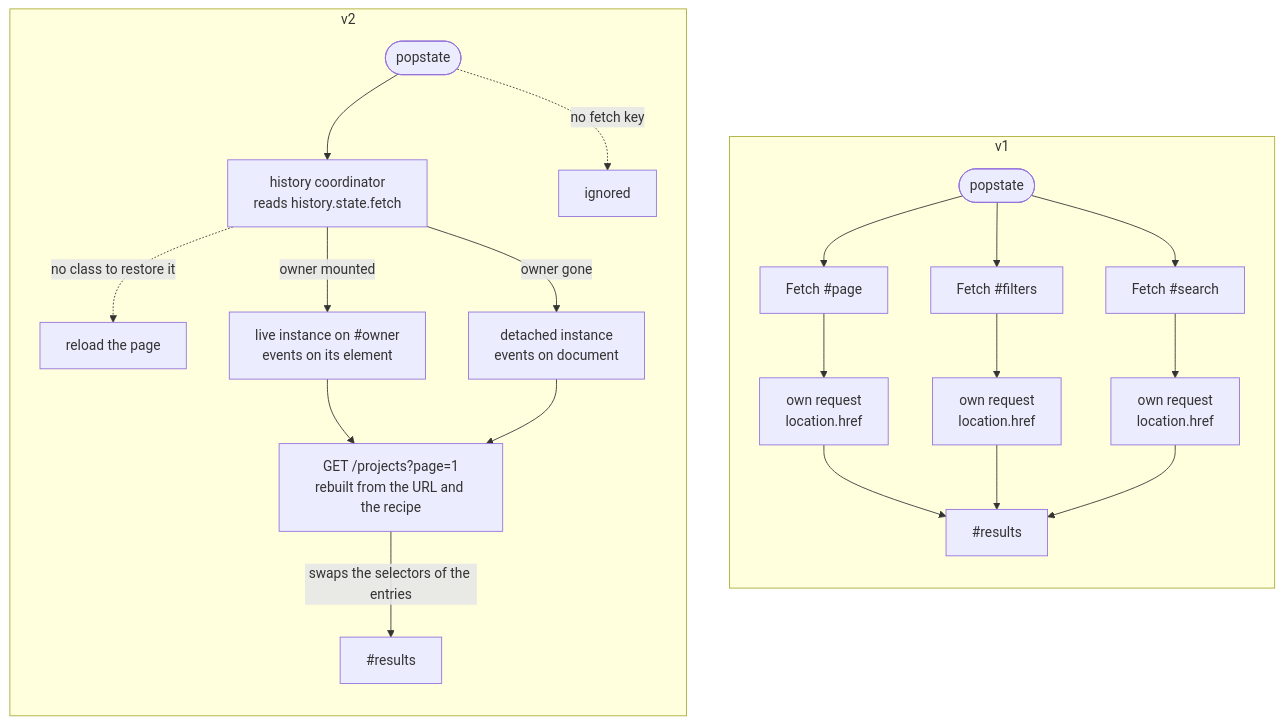
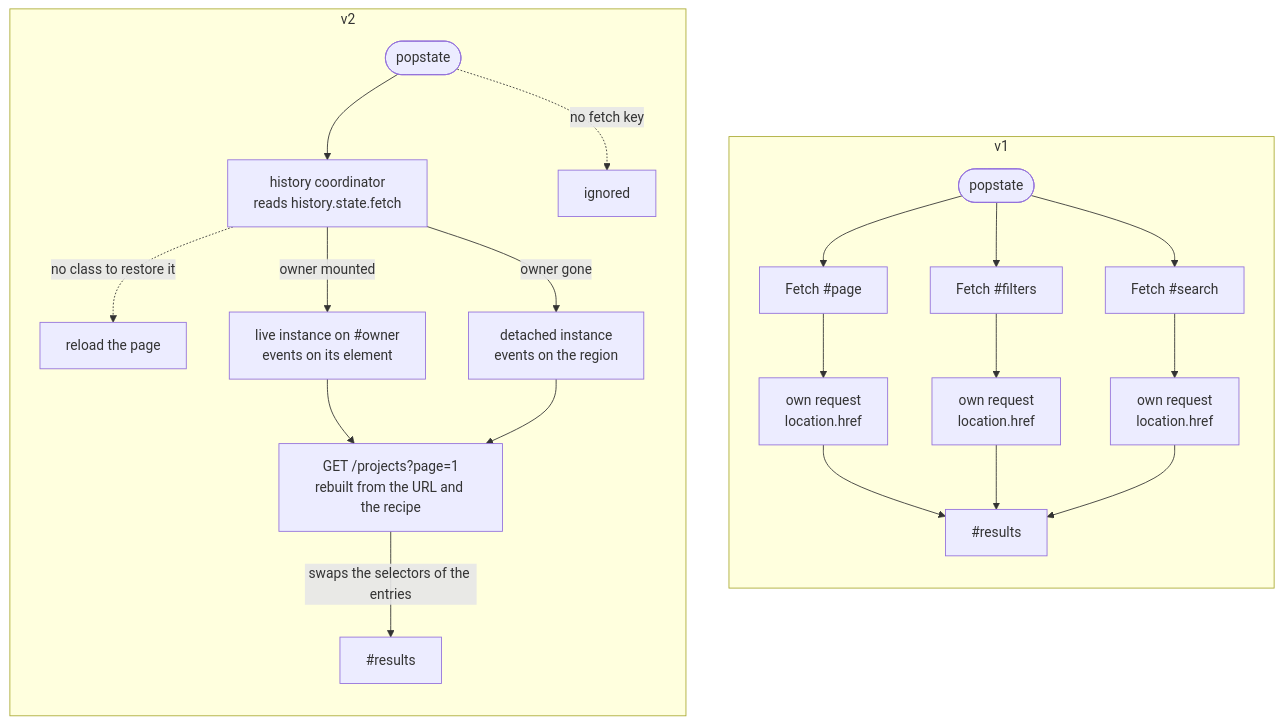
One commit to studiometa/ui changed the diagram in packages/docs/migration-guides/1.0-2.0/index.md. Above: the diagram before and after it, drawn with Mermaid. The commit also changed other lines of this file and 7 other files, not shown here.

First line of the commit message:
fix(fetch): emit the events of a detached restore on the region of the entry

````diff
--- a/packages/docs/migration-guides/1.0-2.0/index.md
+++ b/packages/docs/migration-guides/1.0-2.0/index.md
@@ -648,20 +648,20 @@
 ```mermaid
 flowchart TB
   subgraph v1
     direction TB
     p1([popstate]) --> f1["Fetch #page"] --> g1["own request<br>location.href"] --> d1["#results"]
     p1 --> f2["Fetch #filters"] --> g2["own request<br>location.href"] --> d1
     p1 --> f3["Fetch #search"] --> g3["own request<br>location.href"] --> d1
   end
   subgraph v2
     direction TB
     p2([popstate]) --> c["history coordinator<br>reads history.state.fetch"]
     p2 -. no fetch key .-> i[ignored]
     c -. no class to restore it .-> r[reload the page]
     c -- owner mounted --> live["live instance on #owner<br>events on its element"]
-    c -- owner gone --> detached["detached instance<br>events on document"]
+    c -- owner gone --> detached["detached instance<br>events on the region"]
     live --> g4["GET /projects?page=1<br>rebuilt from the URL and the recipe"]
     detached --> g4
     g4 -- swaps the selectors of the entries --> d2["#results"]
   end
 ```
````
